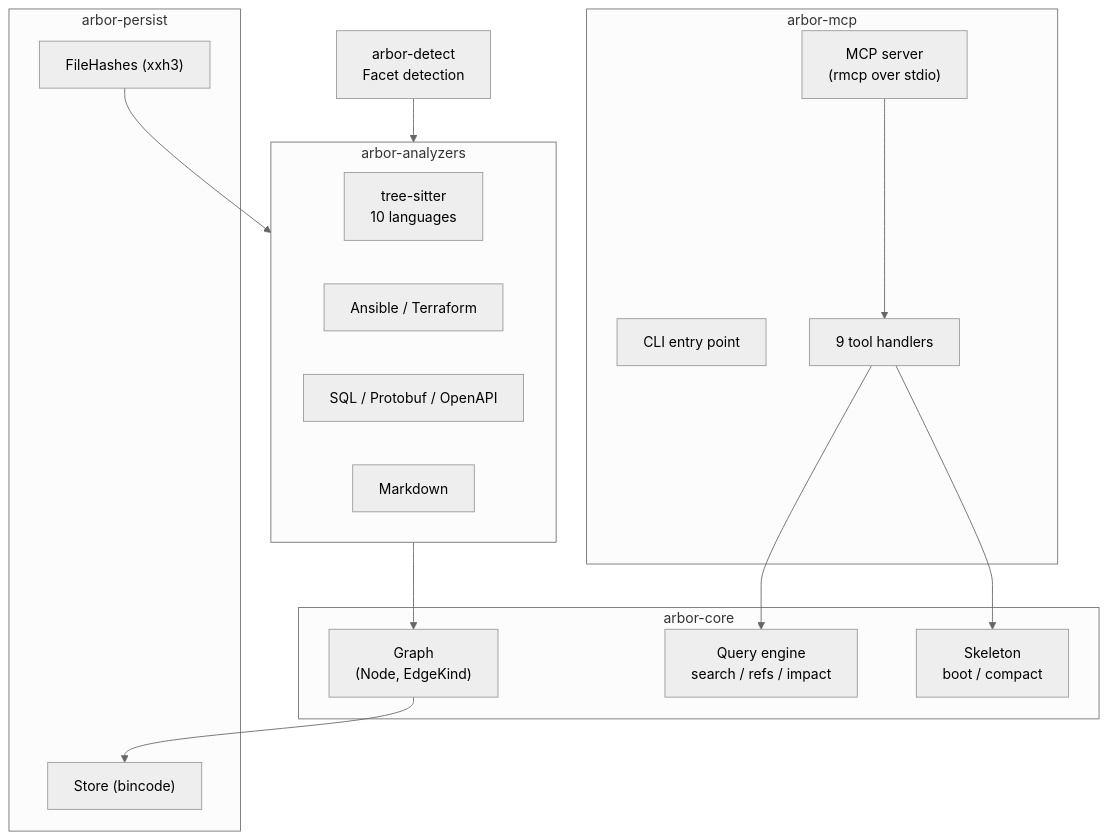
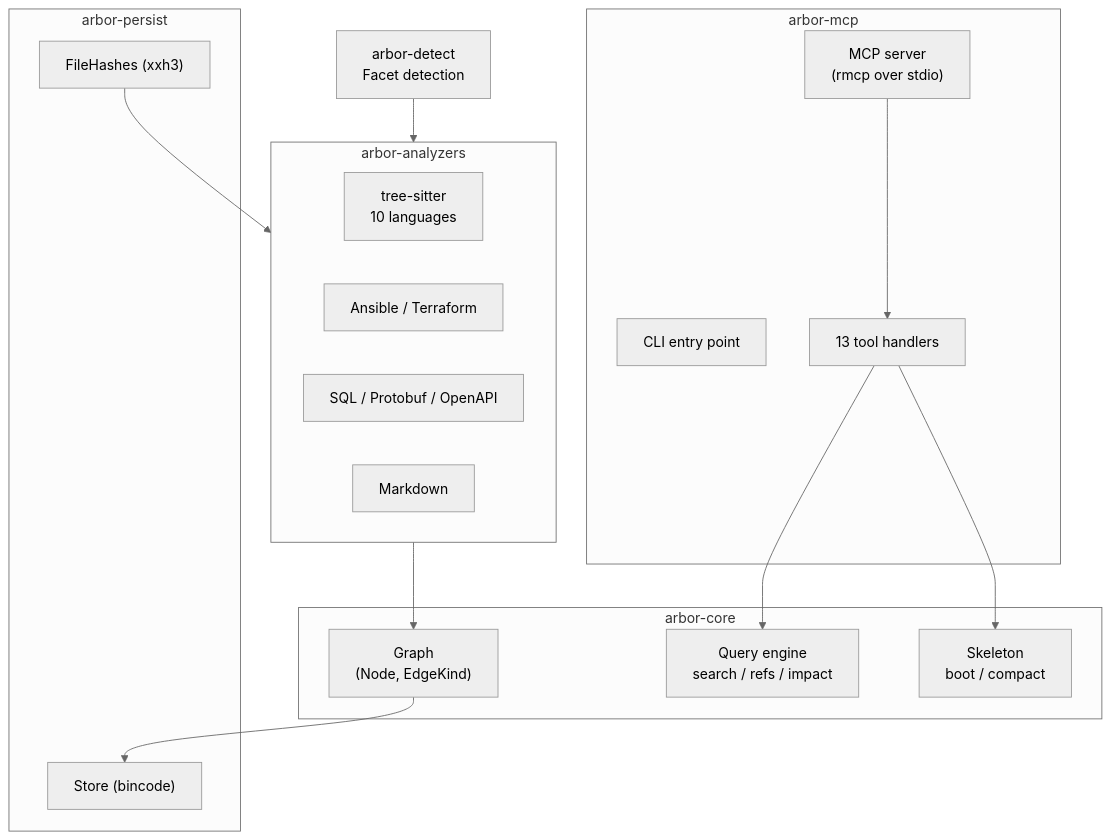
The second of 2 diagrams in README.md (nikita-voronoy/arbor), drawn with Mermaid (neutral theme) before and after one commit. The commit also changed other lines of this file, not shown here.

````diff
--- a/README.md
+++ b/README.md
@@ -289,36 +296,36 @@
 ```mermaid
 graph TB
     subgraph arbor-mcp["arbor-mcp"]
         MCP["MCP server<br>(rmcp over stdio)"]
         CLI["CLI entry point"]
-        H["9 tool handlers"]
+        H["13 tool handlers"]
     end
 
     subgraph arbor-analyzers["arbor-analyzers"]
         TS["tree-sitter<br>10 languages"]
         IAC["Ansible / Terraform"]
         SCH["SQL / Protobuf / OpenAPI"]
         DOC["Markdown"]
     end
 
     subgraph arbor-core["arbor-core"]
         G["Graph<br>(Node, EdgeKind)"]
         Q["Query engine<br>search / refs / impact"]
         SK["Skeleton<br>boot / compact"]
     end
 
     subgraph arbor-persist["arbor-persist"]
         ST["Store (bincode)"]
         FH["FileHashes (xxh3)"]
     end
 
     DET["arbor-detect<br>Facet detection"]
 
     MCP --> H
     H --> Q
     H --> SK
     arbor-analyzers --> G
     DET --> arbor-analyzers
     G --> ST
     FH --> arbor-analyzers
 ```
````
